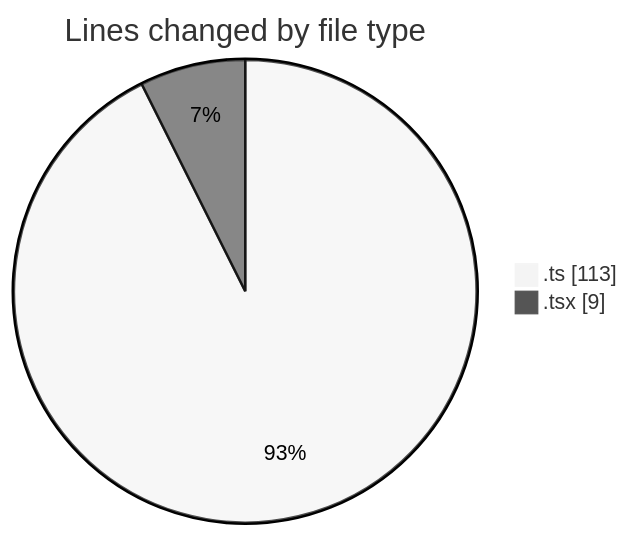
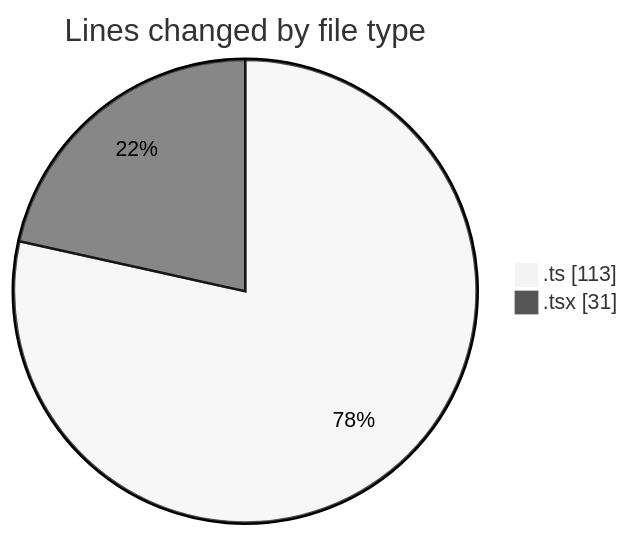
The first of 2 diagrams in 2025-10-22/eventscop-frontend-guide__workspace_/README.md (julien-gomy/code-tracking), drawn with Mermaid (neutral theme) before and after one commit. The commit also changed other lines of this file and 1 other file, not shown here.

````diff
--- a/2025-10-22/eventscop-frontend-guide__workspace_/README.md
+++ b/2025-10-22/eventscop-frontend-guide__workspace_/README.md
@@ -23,6 +23,6 @@
 ```mermaid
 pie showData
 title Lines changed by file type
 ".ts" : 113
-".tsx" : 9
+".tsx" : 31
 ```
````
